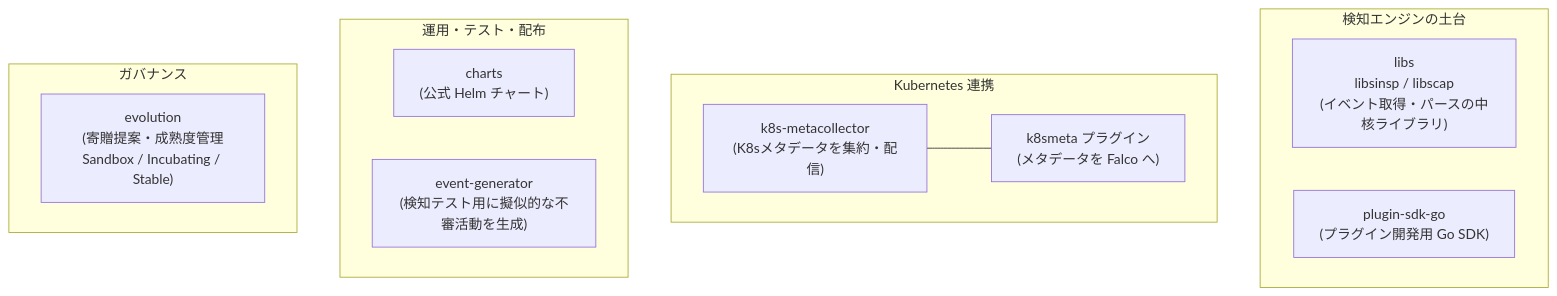
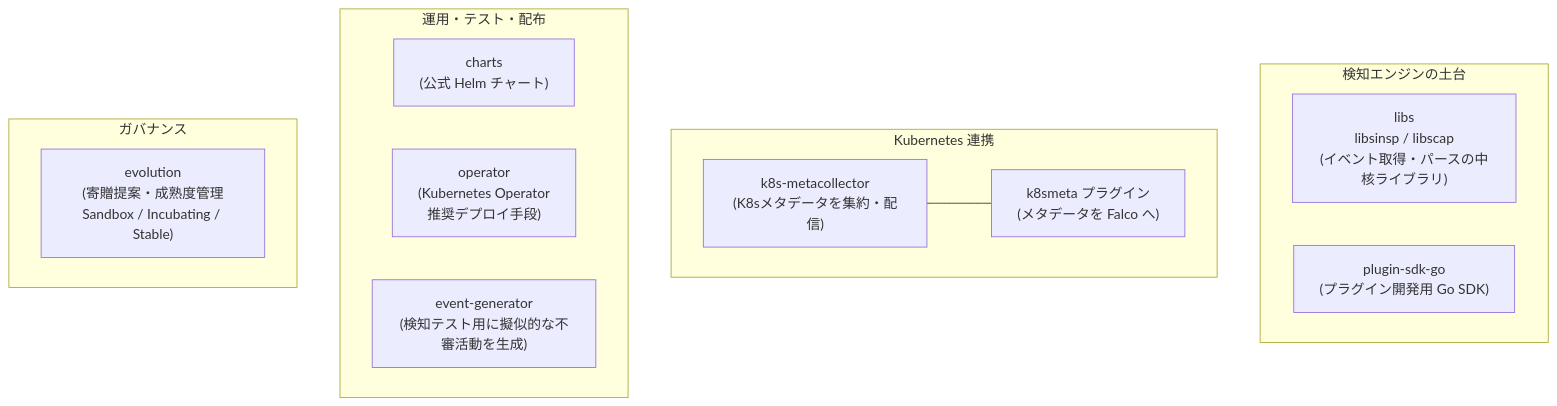
Before and after one commit to keitahigaki-prog/zenn-falco-series: the fourth of 4 diagrams in books/falco-evolution-nextgen-runtime/chapter02-ecosystem-expansion.md, drawn with Mermaid. The commit also changed other lines of this file and 4 other files, not shown here.

````diff
--- a/books/falco-evolution-nextgen-runtime/chapter02-ecosystem-expansion.md
+++ b/books/falco-evolution-nextgen-runtime/chapter02-ecosystem-expansion.md
@@ -167,19 +167,20 @@
 ```mermaid
 flowchart TB
     subgraph CORE["検知エンジンの土台"]
         LIBS["libs<br/>libsinsp / libscap<br/>(イベント取得・パースの中核ライブラリ)"]
         SDK["plugin-sdk-go<br/>(プラグイン開発用 Go SDK)"]
     end
     subgraph K8S["Kubernetes 連携"]
         META["k8s-metacollector<br/>(K8sメタデータを集約・配信)"]
         KMETA["k8smeta プラグイン<br/>(メタデータを Falco へ)"]
         META --- KMETA
     end
     subgraph OPS["運用・テスト・配布"]
         CHARTS["charts<br/>(公式 Helm チャート)"]
+        OPERATOR["operator<br/>(Kubernetes Operator<br/>推奨デプロイ手段)"]
         EVGEN["event-generator<br/>(検知テスト用に擬似的な不審活動を生成)"]
     end
     subgraph GOV["ガバナンス"]
         EVOL["evolution<br/>(寄贈提案・成熟度管理<br/>Sandbox / Incubating / Stable)"]
     end
 ```
````
